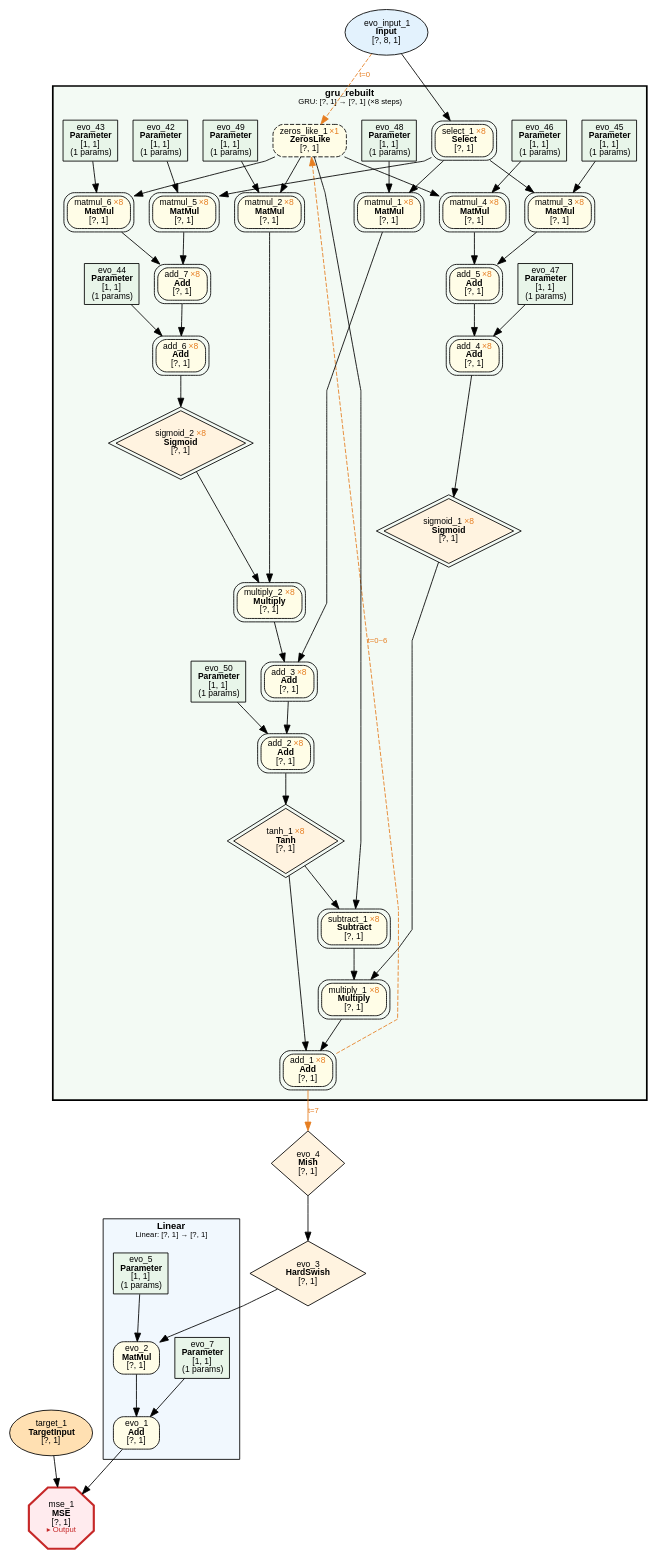
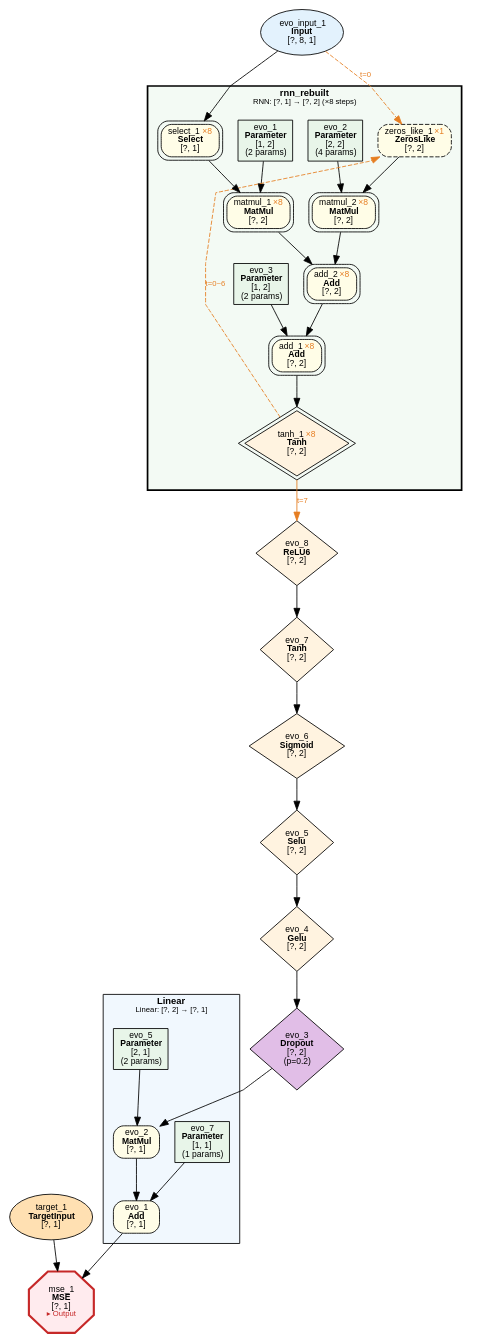
The diagram in examples/evolution/parity_seq/evolution_parity_seq.dot (dbsxdbsx/only_torch), drawn with Graphviz before and after one commit. The commit also changed 19 other files, not shown here.

```diff
--- a/examples/evolution/parity_seq/evolution_parity_seq.dot
+++ b/examples/evolution/parity_seq/evolution_parity_seq.dot
@@ -1,114 +1,76 @@
 digraph ComputeGraph {
     rankdir=TB;
     newrank=true;
     splines=polyline;
     node [fontname="Microsoft YaHei,SimHei,Arial"];
     edge [fontname="Microsoft YaHei,SimHei,Arial"];
 
     subgraph cluster_group_linear_1 {
-        label=<<B>Linear</B><BR/><FONT POINT-SIZE="9">Linear: [?, 1] → [?, 1]</FONT>>;
+        label=<<B>Linear</B><BR/><FONT POINT-SIZE="9">Linear: [?, 2] → [?, 1]</FONT>>;
         style=filled;
         fillcolor="#E3F2FD80";
         fontname="Microsoft YaHei,SimHei,Arial";
         fontsize=11;
         margin=12;
             "2" [label=<evo_1<BR/><B>Add</B><BR/>[?, 1]> shape=box style="filled,rounded" fillcolor="#FFFDE7" fontsize=10];
             "4" [label=<evo_2<BR/><B>MatMul</B><BR/>[?, 1]> shape=box style="filled,rounded" fillcolor="#FFFDE7" fontsize=10];
             "5" [label=<evo_7<BR/><B>Parameter</B><BR/>[1, 1]<BR/>(1 params)> shape=box style=filled fillcolor="#E8F5E9" fontsize=10];
-            "7" [label=<evo_5<BR/><B>Parameter</B><BR/>[1, 1]<BR/>(1 params)> shape=box style=filled fillcolor="#E8F5E9" fontsize=10];
+            "7" [label=<evo_5<BR/><B>Parameter</B><BR/>[2, 1]<BR/>(2 params)> shape=box style=filled fillcolor="#E8F5E9" fontsize=10];
     }
 
-    subgraph cluster_group_gru_0 {
-        label=<<B>gru_rebuilt</B><BR/><FONT POINT-SIZE="9">GRU: [?, 1] → [?, 1] (×8 steps)</FONT>>;
+    subgraph cluster_group_rnn_0 {
+        label=<<B>rnn_rebuilt</B><BR/><FONT POINT-SIZE="9">RNN: [?, 1] → [?, 2] (×8 steps)</FONT>>;
         style="filled,bold";
         peripheries=3;
         penwidth=2;
         fillcolor="#E8F5E980";
         fontname="Microsoft YaHei,SimHei,Arial";
         fontsize=11;
         margin=12;
-            "9" [label=<evo_50<BR/><B>Parameter</B><BR/>[1, 1]<BR/>(1 params)> shape=box style=filled fillcolor="#E8F5E9" fontsize=10];
-            "10" [label=<evo_47<BR/><B>Parameter</B><BR/>[1, 1]<BR/>(1 params)> shape=box style=filled fillcolor="#E8F5E9" fontsize=10];
-            "11" [label=<evo_48<BR/><B>Parameter</B><BR/>[1, 1]<BR/>(1 params)> shape=box style=filled fillcolor="#E8F5E9" fontsize=10];
-            "13" [label=<evo_49<BR/><B>Parameter</B><BR/>[1, 1]<BR/>(1 params)> shape=box style=filled fillcolor="#E8F5E9" fontsize=10];
-            "14" [label=<evo_45<BR/><B>Parameter</B><BR/>[1, 1]<BR/>(1 params)> shape=box style=filled fillcolor="#E8F5E9" fontsize=10];
-            "15" [label=<evo_46<BR/><B>Parameter</B><BR/>[1, 1]<BR/>(1 params)> shape=box style=filled fillcolor="#E8F5E9" fontsize=10];
-            "16" [label=<evo_44<BR/><B>Parameter</B><BR/>[1, 1]<BR/>(1 params)> shape=box style=filled fillcolor="#E8F5E9" fontsize=10];
-            "17" [label=<evo_42<BR/><B>Parameter</B><BR/>[1, 1]<BR/>(1 params)> shape=box style=filled fillcolor="#E8F5E9" fontsize=10];
-            "18" [label=<evo_43<BR/><B>Parameter</B><BR/>[1, 1]<BR/>(1 params)> shape=box style=filled fillcolor="#E8F5E9" fontsize=10];
-            "19" [label=<add_1 <FONT COLOR="#E67E22">×8</FONT><BR/><B>Add</B><BR/>[?, 1]> shape=box style="filled,rounded" fillcolor="#FFFDE7" fontsize=10 peripheries=2];
-            "20" [label=<tanh_1 <FONT COLOR="#E67E22">×8</FONT><BR/><B>Tanh</B><BR/>[?, 1]> shape=diamond style=filled fillcolor="#FFF3E0" fontsize=10 peripheries=2];
-            "21" [label=<multiply_1 <FONT COLOR="#E67E22">×8</FONT><BR/><B>Multiply</B><BR/>[?, 1]> shape=box style="filled,rounded" fillcolor="#FFFDE7" fontsize=10 peripheries=2];
-            "22" [label=<add_2 <FONT COLOR="#E67E22">×8</FONT><BR/><B>Add</B><BR/>[?, 1]> shape=box style="filled,rounded" fillcolor="#FFFDE7" fontsize=10 peripheries=2];
-            "23" [label=<sigmoid_1 <FONT COLOR="#E67E22">×8</FONT><BR/><B>Sigmoid</B><BR/>[?, 1]> shape=diamond style=filled fillcolor="#FFF3E0" fontsize=10 peripheries=2];
-            "24" [label=<subtract_1 <FONT COLOR="#E67E22">×8</FONT><BR/><B>Subtract</B><BR/>[?, 1]> shape=box style="filled,rounded" fillcolor="#FFFDE7" fontsize=10 peripheries=2];
-            "25" [label=<add_3 <FONT COLOR="#E67E22">×8</FONT><BR/><B>Add</B><BR/>[?, 1]> shape=box style="filled,rounded" fillcolor="#FFFDE7" fontsize=10 peripheries=2];
-            "26" [label=<add_4 <FONT COLOR="#E67E22">×8</FONT><BR/><B>Add</B><BR/>[?, 1]> shape=box style="filled,rounded" fillcolor="#FFFDE7" fontsize=10 peripheries=2];
-            "27" [label=<zeros_like_1 <FONT COLOR="#E67E22">×1</FONT><BR/><B>ZerosLike</B><BR/>[?, 1]> shape=box style="filled,rounded,dashed" fillcolor="#FFFDE7" fontsize=10];
-            "28" [label=<matmul_1 <FONT COLOR="#E67E22">×8</FONT><BR/><B>MatMul</B><BR/>[?, 1]> shape=box style="filled,rounded" fillcolor="#FFFDE7" fontsize=10 peripheries=2];
-            "29" [label=<multiply_2 <FONT COLOR="#E67E22">×8</FONT><BR/><B>Multiply</B><BR/>[?, 1]> shape=box style="filled,rounded" fillcolor="#FFFDE7" fontsize=10 peripheries=2];
-            "30" [label=<add_5 <FONT COLOR="#E67E22">×8</FONT><BR/><B>Add</B><BR/>[?, 1]> shape=box style="filled,rounded" fillcolor="#FFFDE7" fontsize=10 peripheries=2];
-            "31" [label=<select_1 <FONT COLOR="#E67E22">×8</FONT><BR/><B>Select</B><BR/>[?, 1]> shape=box style="filled,rounded" fillcolor="#FFFDE7" fontsize=10 peripheries=2];
-            "32" [label=<sigmoid_2 <FONT COLOR="#E67E22">×8</FONT><BR/><B>Sigmoid</B><BR/>[?, 1]> shape=diamond style=filled fillcolor="#FFF3E0" fontsize=10 peripheries=2];
-            "33" [label=<matmul_2 <FONT COLOR="#E67E22">×8</FONT><BR/><B>MatMul</B><BR/>[?, 1]> shape=box style="filled,rounded" fillcolor="#FFFDE7" fontsize=10 peripheries=2];
-            "34" [label=<matmul_3 <FONT COLOR="#E67E22">×8</FONT><BR/><B>MatMul</B><BR/>[?, 1]> shape=box style="filled,rounded" fillcolor="#FFFDE7" fontsize=10 peripheries=2];
-            "35" [label=<matmul_4 <FONT COLOR="#E67E22">×8</FONT><BR/><B>MatMul</B><BR/>[?, 1]> shape=box style="filled,rounded" fillcolor="#FFFDE7" fontsize=10 peripheries=2];
-            "36" [label=<add_6 <FONT COLOR="#E67E22">×8</FONT><BR/><B>Add</B><BR/>[?, 1]> shape=box style="filled,rounded" fillcolor="#FFFDE7" fontsize=10 peripheries=2];
-            "37" [label=<add_7 <FONT COLOR="#E67E22">×8</FONT><BR/><B>Add</B><BR/>[?, 1]> shape=box style="filled,rounded" fillcolor="#FFFDE7" fontsize=10 peripheries=2];
-            "38" [label=<matmul_5 <FONT COLOR="#E67E22">×8</FONT><BR/><B>MatMul</B><BR/>[?, 1]> shape=box style="filled,rounded" fillcolor="#FFFDE7" fontsize=10 peripheries=2];
-            "39" [label=<matmul_6 <FONT COLOR="#E67E22">×8</FONT><BR/><B>MatMul</B><BR/>[?, 1]> shape=box style="filled,rounded" fillcolor="#FFFDE7" fontsize=10 peripheries=2];
+            "13" [label=<evo_3<BR/><B>Parameter</B><BR/>[1, 2]<BR/>(2 params)> shape=box style=filled fillcolor="#E8F5E9" fontsize=10];
+            "14" [label=<evo_1<BR/><B>Parameter</B><BR/>[1, 2]<BR/>(2 params)> shape=box style=filled fillcolor="#E8F5E9" fontsize=10];
+            "15" [label=<evo_2<BR/><B>Parameter</B><BR/>[2, 2]<BR/>(4 params)> shape=box style=filled fillcolor="#E8F5E9" fontsize=10];
+            "17" [label=<tanh_1 <FONT COLOR="#E67E22">×8</FONT><BR/><B>Tanh</B><BR/>[?, 2]> shape=diamond style=filled fillcolor="#FFF3E0" fontsize=10 peripheries=2];
+            "18" [label=<add_1 <FONT COLOR="#E67E22">×8</FONT><BR/><B>Add</B><BR/>[?, 2]> shape=box style="filled,rounded" fillcolor="#FFFDE7" fontsize=10 peripheries=2];
+            "19" [label=<add_2 <FONT COLOR="#E67E22">×8</FONT><BR/><B>Add</B><BR/>[?, 2]> shape=box style="filled,rounded" fillcolor="#FFFDE7" fontsize=10 peripheries=2];
+            "20" [label=<matmul_1 <FONT COLOR="#E67E22">×8</FONT><BR/><B>MatMul</B><BR/>[?, 2]> shape=box style="filled,rounded" fillcolor="#FFFDE7" fontsize=10 peripheries=2];
+            "21" [label=<matmul_2 <FONT COLOR="#E67E22">×8</FONT><BR/><B>MatMul</B><BR/>[?, 2]> shape=box style="filled,rounded" fillcolor="#FFFDE7" fontsize=10 peripheries=2];
+            "22" [label=<select_1 <FONT COLOR="#E67E22">×8</FONT><BR/><B>Select</B><BR/>[?, 1]> shape=box style="filled,rounded" fillcolor="#FFFDE7" fontsize=10 peripheries=2];
+            "23" [label=<zeros_like_1 <FONT COLOR="#E67E22">×1</FONT><BR/><B>ZerosLike</B><BR/>[?, 2]> shape=box style="filled,rounded,dashed" fillcolor="#FFFDE7" fontsize=10];
     }
 
     "1" [label=<mse_1<BR/><B>MSE</B><BR/>[?, 1]<BR/><FONT COLOR="#C62828" POINT-SIZE="9">▸ Output</FONT>> shape=octagon style=filled fillcolor="#FFEBEE" fontsize=10 penwidth=2.5 color="#C62828"];
     "3" [label=<target_1<BR/><B>TargetInput</B><BR/>[?, 1]> shape=ellipse style=filled fillcolor="#FFE0B2" fontsize=10];
-    "6" [label=<evo_3<BR/><B>HardSwish</B><BR/>[?, 1]> shape=diamond style=filled fillcolor="#FFF3E0" fontsize=10];
-    "8" [label=<evo_4<BR/><B>Mish</B><BR/>[?, 1]> shape=diamond style=filled fillcolor="#FFF3E0" fontsize=10];
-    "12" [label=<evo_input_1<BR/><B>Input</B><BR/>[?, 8, 1]> shape=ellipse style=filled fillcolor="#E3F2FD" fontsize=10];
+    "6" [label=<evo_3<BR/><B>Dropout</B><BR/>[?, 2]<BR/>(p=0.2)> shape=diamond style=filled fillcolor="#E1BEE7" fontsize=10];
+    "8" [label=<evo_4<BR/><B>Gelu</B><BR/>[?, 2]> shape=diamond style=filled fillcolor="#FFF3E0" fontsize=10];
+    "9" [label=<evo_5<BR/><B>Selu</B><BR/>[?, 2]> shape=diamond style=filled fillcolor="#FFF3E0" fontsize=10];
+    "10" [label=<evo_6<BR/><B>Sigmoid</B><BR/>[?, 2]> shape=diamond style=filled fillcolor="#FFF3E0" fontsize=10];
+    "11" [label=<evo_7<BR/><B>Tanh</B><BR/>[?, 2]> shape=diamond style=filled fillcolor="#FFF3E0" fontsize=10];
+    "12" [label=<evo_8<BR/><B>ReLU6</B><BR/>[?, 2]> shape=diamond style=filled fillcolor="#FFF3E0" fontsize=10];
+    "16" [label=<evo_input_1<BR/><B>Input</B><BR/>[?, 8, 1]> shape=ellipse style=filled fillcolor="#E3F2FD" fontsize=10];
 
     "2" -> "1";
     "3" -> "1";
     "4" -> "2";
     "5" -> "2";
     "6" -> "4";
     "7" -> "4";
     "8" -> "6";
-    "19" -> "8" [ color="#E67E22" label=<t=7> fontcolor="#E67E22" fontsize=9];
+    "9" -> "8";
+    "10" -> "9";
+    "11" -> "10";
+    "12" -> "11";
+    "17" -> "12" [ color="#E67E22" label=<t=7> fontcolor="#E67E22" fontsize=9];
+    "18" -> "17";
+    "19" -> "18";
+    "13" -> "18";
     "20" -> "19";
     "21" -> "19";
     "22" -> "20";
+    "14" -> "20";
     "23" -> "21";
-    "24" -> "21";
-    "25" -> "22";
-    "9" -> "22";
-    "26" -> "23";
-    "27" -> "24";
-    "20" -> "24";
-    "28" -> "25";
-    "29" -> "25";
-    "30" -> "26";
-    "10" -> "26";
-    "12" -> "27" [ style=dashed color="#E67E22" label=<t=0> fontcolor="#E67E22" fontsize=9];
-    "31" -> "28";
-    "11" -> "28";
-    "32" -> "29";
-    "33" -> "29";
-    "34" -> "30";
-    "35" -> "30";
-    "12" -> "31";
-    "36" -> "32";
-    "27" -> "33";
-    "13" -> "33";
-    "31" -> "34";
-    "14" -> "34";
-    "27" -> "35";
-    "15" -> "35";
-    "37" -> "36";
-    "16" -> "36";
-    "38" -> "37";
-    "39" -> "37";
-    "31" -> "38";
-    "17" -> "38";
-    "27" -> "39";
-    "18" -> "39";
-    "19" -> "27" [style=dashed color="#E67E22" label=<t=0~6> fontcolor="#E67E22" fontsize=9 constraint=false];
+    "15" -> "21";
+    "16" -> "22";
+    "16" -> "23" [ style=dashed color="#E67E22" label=<t=0> fontcolor="#E67E22" fontsize=9];
+    "17" -> "23" [style=dashed color="#E67E22" label=<t=0~6> fontcolor="#E67E22" fontsize=9 constraint=false];
 }
```
